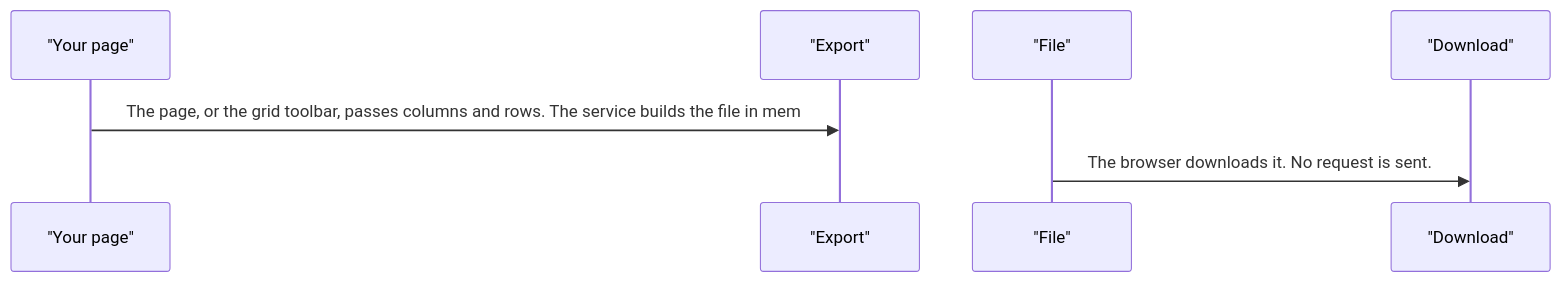
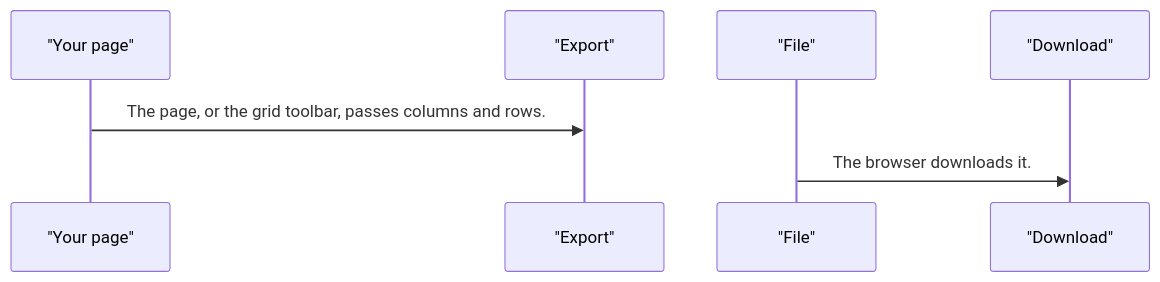
The second of 3 diagrams in projects/pixel-ui/src/lib/services/export/DESIGN.md (RajshekharBorate/pixel-ui), drawn with Mermaid before and after one commit. The commit also changed other lines of this file and 80 other files, not shown here.

Commit message:
Fill missing design flows and correct the stories that did not match component behavior.

````diff
--- a/projects/pixel-ui/src/lib/services/export/DESIGN.md
+++ b/projects/pixel-ui/src/lib/services/export/DESIGN.md
@@ -45,9 +45,9 @@
 ```mermaid
 sequenceDiagram
   participant page as "Your page"
   participant export as "Export"
   participant file as "File"
   participant save as "Download"
-  page->>export: The page, or the grid toolbar, passes columns and rows. The service builds the file in mem
-  file->>save: The browser downloads it. No request is sent.
+  page->>export: The page, or the grid toolbar, passes columns and rows.
+  file->>save: The browser downloads it.
 ```
````
